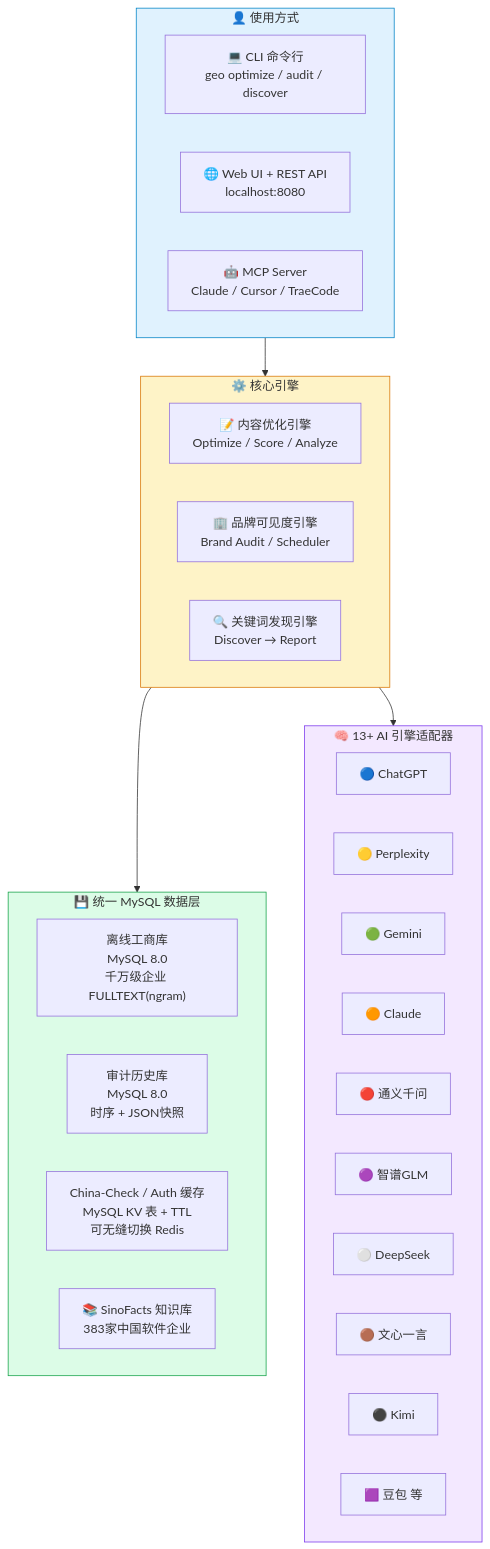
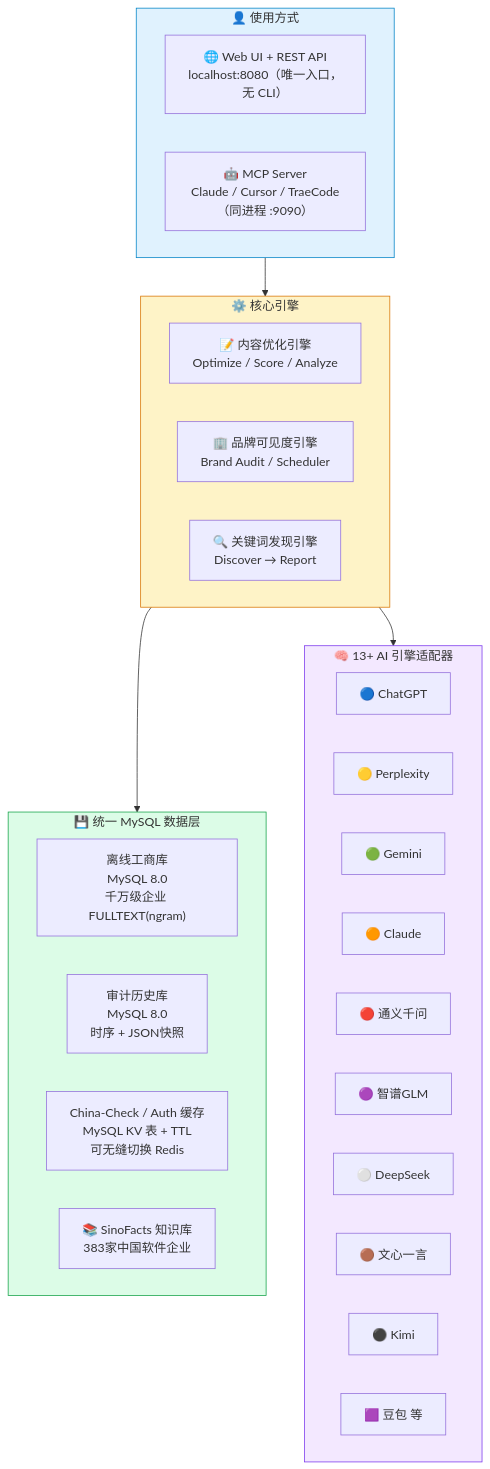
The second of 13 diagrams in README.md (deep2code/geo), drawn with Mermaid before and after one commit. The commit also changed other lines of this file and 48 other files, not shown here.

````diff
--- a/README.md
+++ b/README.md
@@ -52,43 +52,42 @@
 ```mermaid
 graph TB
     subgraph 用户层["👤 使用方式"]
-        CLI["💻 CLI 命令行<br/>geo optimize / audit / discover"]
-        Web["🌐 Web UI + REST API<br/>localhost:8080"]
-        MCP["🤖 MCP Server<br/>Claude / Cursor / TraeCode"]
+        Web["🌐 Web UI + REST API<br/>localhost:8080（唯一入口，无 CLI）"]
+        MCP["🤖 MCP Server<br/>Claude / Cursor / TraeCode（同进程 :9090）"]
     end
 
     subgraph 引擎层["⚙️ 核心引擎"]
         CO["📝 内容优化引擎<br/>Optimize / Score / Analyze"]
         BA["🏢 品牌可见度引擎<br/>Brand Audit / Scheduler"]
         DIS["🔍 关键词发现引擎<br/>Discover → Report"]
     end
 
     subgraph 数据层["💾 统一 MySQL 数据层"]
         DB1["离线工商库<br/>MySQL 8.0<br/>千万级企业 FULLTEXT(ngram)"]
         DB2["审计历史库<br/>MySQL 8.0<br/>时序 + JSON快照"]
         DB3["China-Check / Auth 缓存<br/>MySQL KV 表 + TTL<br/>可无缝切换 Redis"]
         KB["📚 SinoFacts 知识库<br/>383家中国软件企业"]
     end
 
     subgraph AI层["🧠 13+ AI 引擎适配器"]
         E1["🔵 ChatGPT"]
         E2["🟡 Perplexity"]
         E3["🟢 Gemini"]
         E4["🟠 Claude"]
         E5["🔴 通义千问"]
         E6["🟣 智谱GLM"]
         E7["⚪ DeepSeek"]
         E8["🟤 文心一言"]
         E9["⚫ Kimi"]
         E10["🟪 豆包 等"]
     end
 
     用户层 --> 引擎层
     引擎层 --> 数据层
     引擎层 --> AI层
 
     style 用户层 fill:#e0f2fe,stroke:#0284c7
     style 引擎层 fill:#fef3c7,stroke:#d97706
     style 数据层 fill:#dcfce7,stroke:#16a34a
     style AI层 fill:#f3e8ff,stroke:#7c3aed
 ```
````
